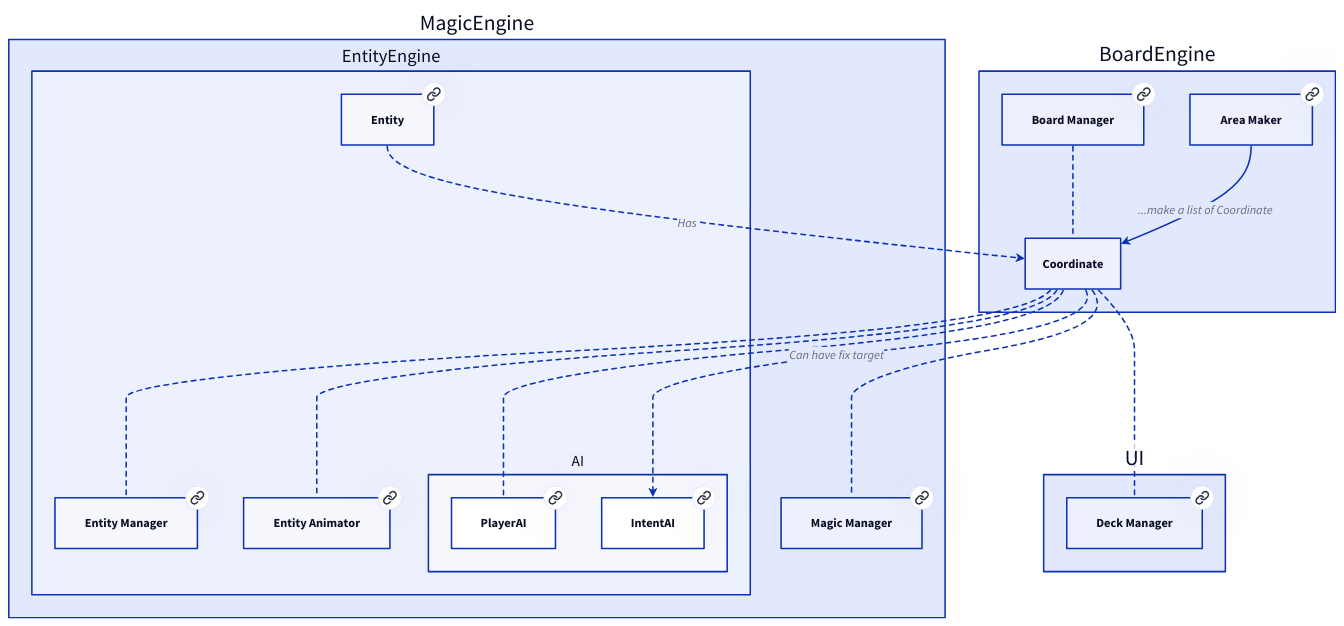
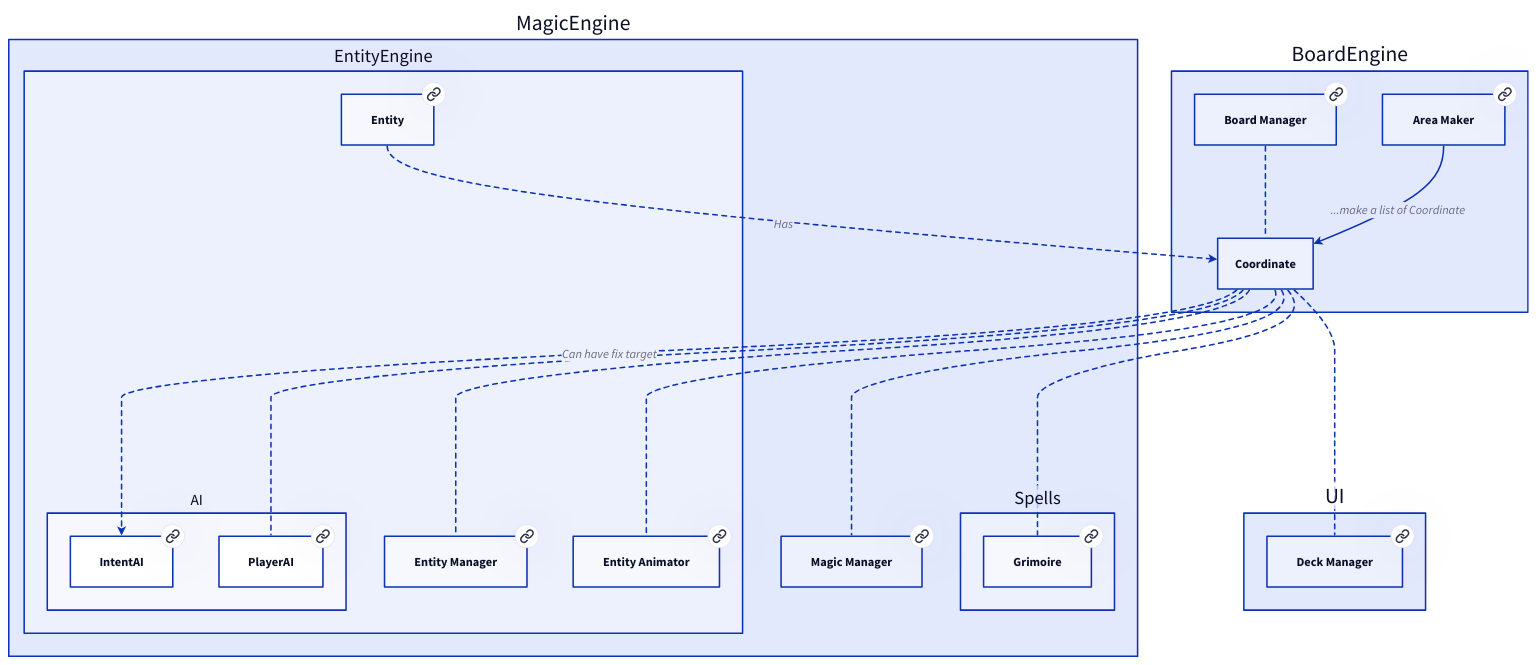
Before and after one commit to Portevent/Brume-Documentation: the diagram in doc/BoardEngine/Coordinate.md, drawn with D2. The commit also changed other lines of this file and 79 other files, not shown here.

````diff
--- a/doc/BoardEngine/Coordinate.md
+++ b/doc/BoardEngine/Coordinate.md
@@ -10,61 +11,67 @@
 ```d2
 # Nodes :
+UI: {
+    DeckManager: Deck Manager {
+       link: DeckManager
+    }
+}
 BoardEngine: {
     AreaMaker: Area Maker {
        link: AreaMaker
     }
     BoardManager: Board Manager {
        link: BoardManager
     }
 }
-UI: {
-    DeckManager: Deck Manager {
-       link: DeckManager
-    }
-}
 MagicEngine: {
     EntityEngine: {
+        AI: {
+            IntentAI: IntentAI {
+               link: IntentAI
+            }
+            PlayerAI: PlayerAI {
+               link: PlayerAI
+            }
+        }
         EntityManager: Entity Manager {
            link: EntityManager
         }
+        Entity: Entity {
+           link: Entity
+        }
         EntityAnimator: Entity Animator {
            link: EntityAnimator
-        }
-        AI: {
-            PlayerAI: PlayerAI {
-               link: PlayerAI
-            }
-            IntentAI: IntentAI {
-               link: IntentAI
-            }
-        }
-        Entity: Entity {
-           link: Entity
         }
     }
     MagicManager: Magic Manager {
        link: MagicManager
     }
+    Spells: {
+        Grimoire: Grimoire {
+           link: Grimoire
+        }
+    }
 }
 
 # Links :
 BoardEngine.Coordinate -- UI.DeckManager: {style.stroke-dash: 3}
+BoardEngine.Coordinate -- MagicEngine.EntityEngine.AI.PlayerAI: {style.stroke-dash: 3}
 BoardEngine.Coordinate -- MagicEngine.EntityEngine.EntityManager: {style.stroke-dash: 3}
 BoardEngine.Coordinate -- MagicEngine.EntityEngine.EntityAnimator: {style.stroke-dash: 3}
-BoardEngine.Coordinate -- MagicEngine.EntityEngine.AI.PlayerAI: {style.stroke-dash: 3}
 BoardEngine.Coordinate -- MagicEngine.MagicManager: {style.stroke-dash: 3}
+BoardEngine.Coordinate -- MagicEngine.Spells.Grimoire: {style.stroke-dash: 3}
 BoardEngine.BoardManager -- BoardEngine.Coordinate: {style.stroke-dash: 3}
 BoardEngine.AreaMaker -> BoardEngine.Coordinate: ...make a list of Coordinate {
 source-arrowhead: {}
 target-arrowhead: {shape: arrow}
 }
 BoardEngine.Coordinate -> MagicEngine.EntityEngine.AI.IntentAI: Can have fix target {style.stroke-dash: 3
 source-arrowhead: {}
 target-arrowhead: {shape: arrow}
 }
 MagicEngine.EntityEngine.Entity -> BoardEngine.Coordinate: Has {style.stroke-dash: 3
 source-arrowhead: {}
 target-arrowhead: {shape: arrow}
 }
 
 ```
````
